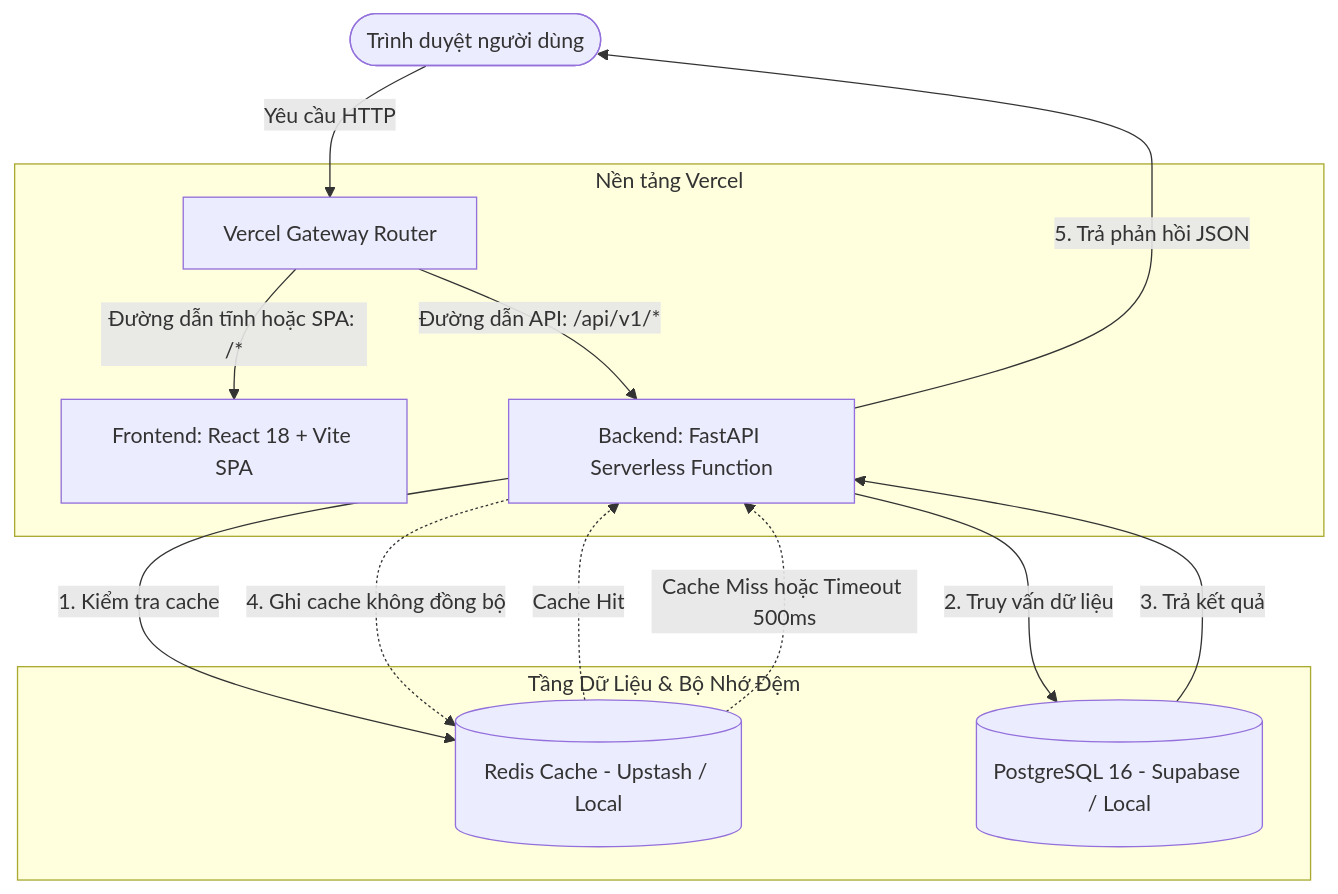
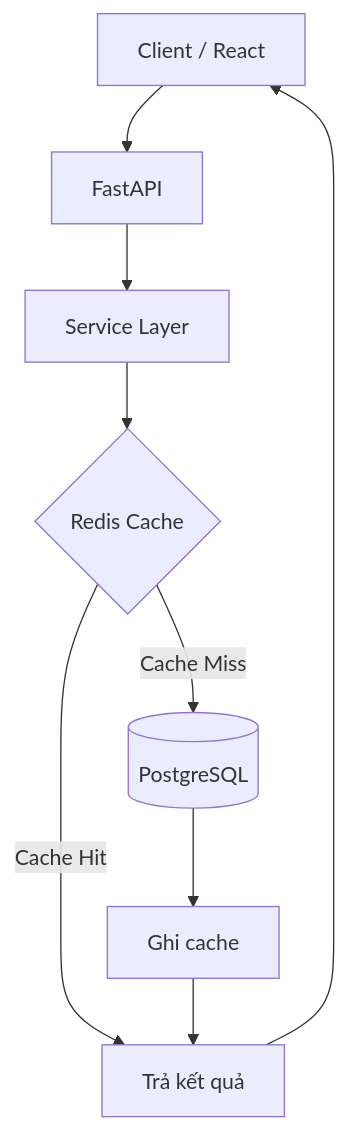
The diagram in docs/architecture.md (vyquochuy/G-scores), drawn with Mermaid before and after one commit. The commit also changed other lines of this file and 3 other files, not shown here.

````diff
--- a/docs/architecture.md
+++ b/docs/architecture.md
@@ -9,28 +15,11 @@
 ```mermaid
 flowchart TD
-    Client([Trình duyệt người dùng])
-
-    subgraph Vercel_Platform [Nền tảng Vercel]
-        Gateway[Vercel Gateway Router]
-        Frontend[Frontend: React 18 + Vite SPA]
-        Backend[Backend: FastAPI Serverless Function]
-    end
-
-    subgraph Data_Layer [Tầng Dữ Liệu & Bộ Nhớ Đệm]
-        Redis[(Redis Cache - Upstash / Local)]
-        Postgres[(PostgreSQL 16 - Supabase / Local)]
-    end
-
-    Client -->|Yêu cầu HTTP| Gateway
-    Gateway -->|Đường dẫn tĩnh hoặc SPA: /*| Frontend
-    Gateway -->|Đường dẫn API: /api/v1/*| Backend
-
-    Backend -->|1. Kiểm tra cache| Redis
-    Redis -.->|Cache Hit| Backend
-    Redis -.->|Cache Miss hoặc Timeout 500ms| Backend
-
-    Backend -->|2. Truy vấn dữ liệu| Postgres
-    Postgres -->|3. Trả kết quả| Backend
-    Backend -.->|4. Ghi cache không đồng bộ| Redis
-    Backend -->|5. Trả phản hồi JSON| Client
+    U[Client / React] --> API[FastAPI]
+    API --> S[Service Layer]
+    S --> C{Redis Cache}
+    C -->|Cache Hit| R[Trả kết quả]
+    C -->|Cache Miss| DB[(PostgreSQL)]
+    DB --> W[Ghi cache]
+    W --> R
+    R --> U
 ```
````
